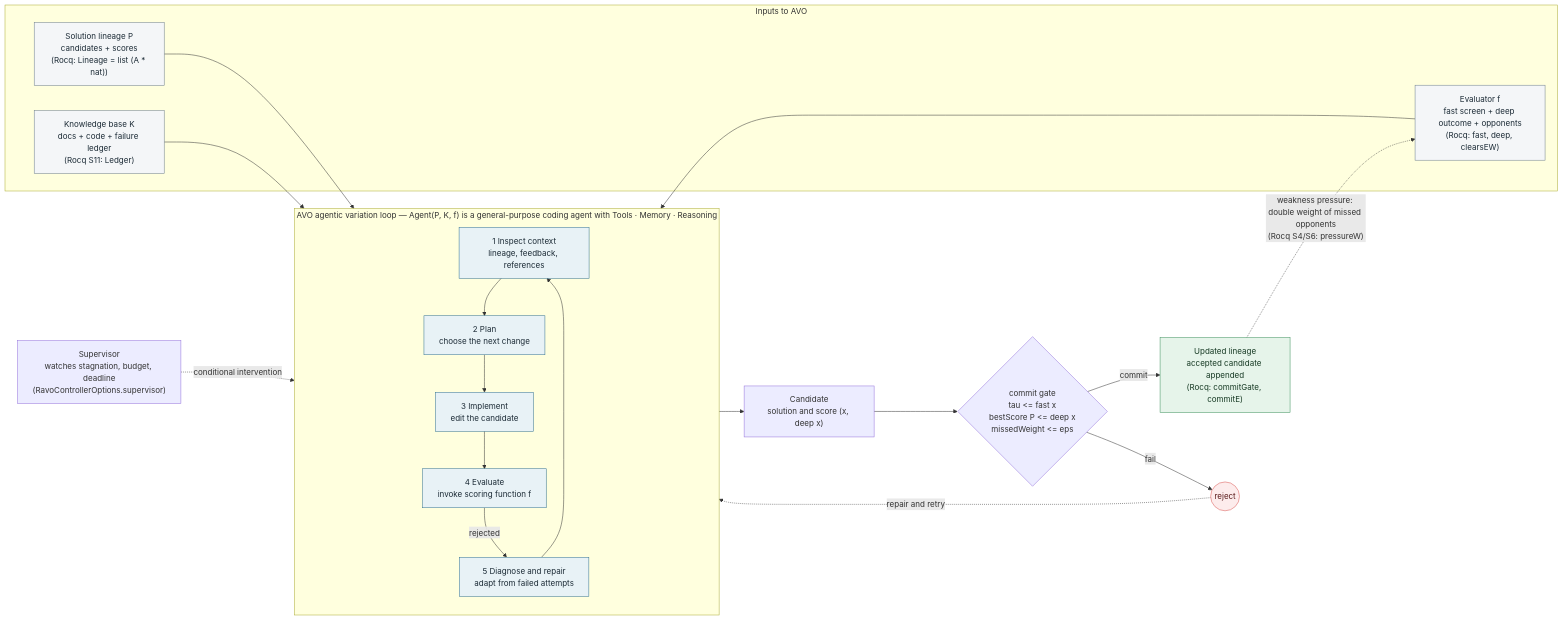
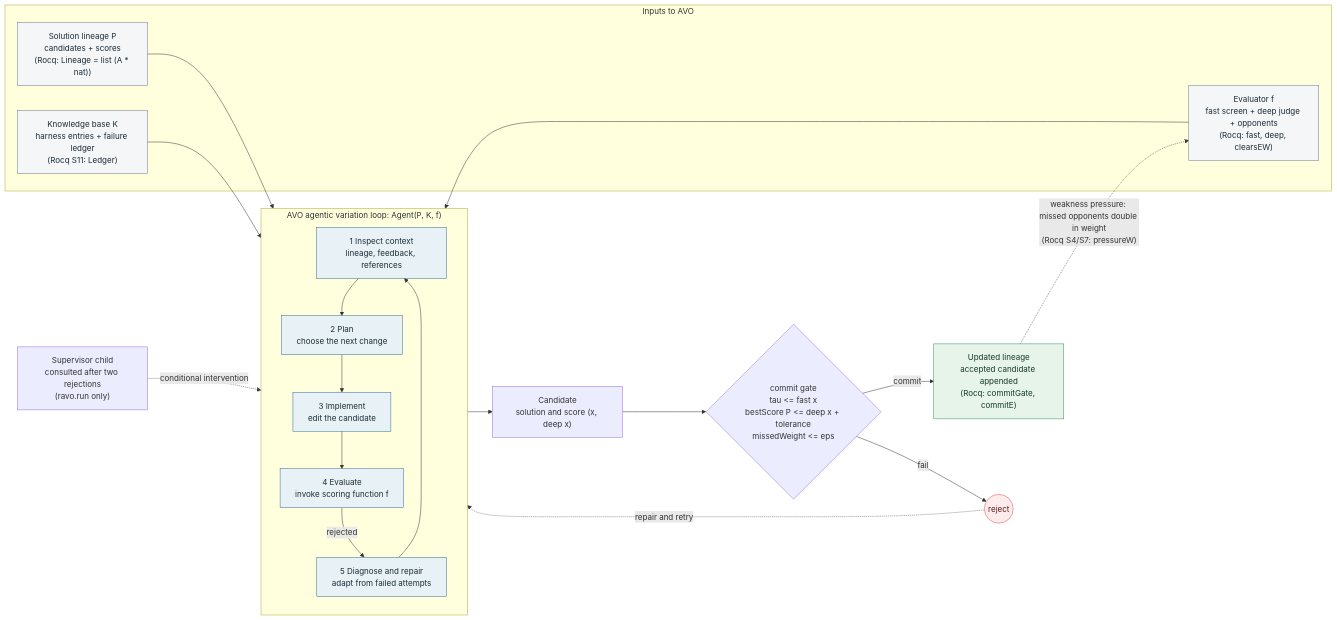
Before and after one commit to coleleavitt/prime-agent: the first of 4 diagrams in docs/ravo-architecture.md, drawn with Mermaid. The commit also changed other lines of this file and 1 other file, not shown here.

First line of the commit message:
docs: ravo docs describe the Rust pa-ravo, pa-ledger and pa-learning crates

````diff
--- a/docs/ravo-architecture.md
+++ b/docs/ravo-architecture.md
@@ -7,47 +16,47 @@
 ```mermaid
 %% AVO agentic variation loop (Puget et al., arXiv:2603.24517) as RAVO instantiates it.
-%% Notation from ~/RocqProjects/ravo/Ravo.v: Agent(P, K, f) with lineage P, knowledge K, evaluator f.
+%% Notation from Ravo.v: Agent(P, K, f) with lineage P, knowledge K, evaluator f.
 flowchart LR
   subgraph IN["Inputs to AVO"]
     P["Solution lineage P<br/>candidates + scores<br/>(Rocq: Lineage = list (A * nat))"]
-    K["Knowledge base K<br/>docs + code + failure ledger<br/>(Rocq S11: Ledger)"]
-    f["Evaluator f<br/>fast screen + deep outcome + opponents<br/>(Rocq: fast, deep, clearsEW)"]
+    K["Knowledge base K<br/>harness entries + failure ledger<br/>(Rocq S11: Ledger)"]
+    f["Evaluator f<br/>fast screen + deep judge + opponents<br/>(Rocq: fast, deep, clearsEW)"]
   end
 
-  subgraph LOOP["AVO agentic variation loop — Agent(P, K, f) is a general-purpose coding agent with Tools · Memory · Reasoning"]
+  subgraph LOOP["AVO agentic variation loop: Agent(P, K, f)"]
     direction TB
     S1["1 Inspect context<br/>lineage, feedback, references"]
     S2["2 Plan<br/>choose the next change"]
     S3["3 Implement<br/>edit the candidate"]
     S4["4 Evaluate<br/>invoke scoring function f"]
     S5["5 Diagnose and repair<br/>adapt from failed attempts"]
     S1 --> S2 --> S3 --> S4
     S4 -->|"rejected"| S5
     S5 --> S1
   end
 
-  SUP["Supervisor<br/>watches stagnation, budget, deadline<br/>(RavoControllerOptions.supervisor)"]
+  SUP["Supervisor child<br/>consulted after two rejections<br/>(ravo.run only)"]
   CAND["Candidate<br/>solution and score (x, deep x)"]
-  GATE{"commit gate<br/>tau <= fast x<br/>bestScore P <= deep x<br/>missedWeight <= eps"}
+  GATE{"commit gate<br/>tau <= fast x<br/>bestScore P <= deep x + tolerance<br/>missedWeight <= eps"}
   UPD["Updated lineage<br/>accepted candidate appended<br/>(Rocq: commitGate, commitE)"]
   REJ(("reject"))
 
   P --> S1
   K --> S5
   f --> S4
   SUP -.->|"conditional intervention"| S2
   S4 --> CAND --> GATE
   GATE -->|"commit"| UPD
   GATE -->|"fail"| REJ
   REJ -.->|"repair and retry"| S5
-  UPD -.->|"weakness pressure: double weight of missed opponents<br/>(Rocq S4/S6: pressureW)"| f
+  UPD -.->|"weakness pressure: missed opponents double in weight<br/>(Rocq S4/S7: pressureW)"| f
 
   classDef input fill:#f4f6f8,stroke:#6b7c8a,color:#1c2b36;
   classDef loop fill:#e8f2f6,stroke:#2f6f8f,color:#1c2b36;
   classDef ok fill:#e6f4ea,stroke:#3a8f5a,color:#173a24;
   classDef bad fill:#fdecec,stroke:#d9534f,color:#5a1a1a;
   class P,K,f input;
   class S1,S2,S3,S4,S5 loop;
   class UPD ok;
   class REJ bad;
 ```
````
